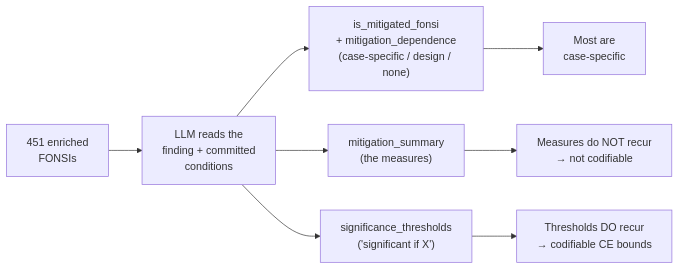
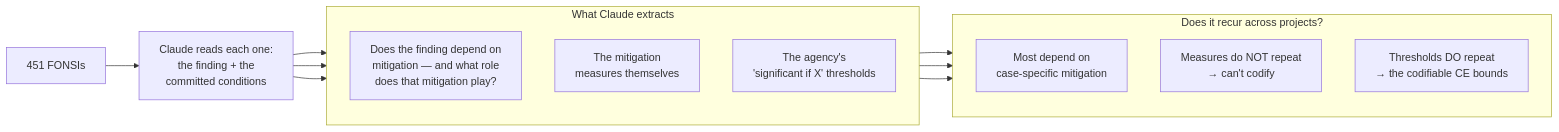
Before and after one commit to kaseyzapatka/nepa: the diagram in phase2/reports/deliverable06.qmd, drawn with Mermaid. The commit also changed 9 other files, not shown here.

First line of the commit message:
[D6] Analysis 2: Fig 11 waffle, Fig 12 treemap, redesigned flowchart

````diff
--- a/phase2/reports/deliverable06.qmd
+++ b/phase2/reports/deliverable06.qmd
@@ -651,11 +651,21 @@
 ```{mermaid}
-%%| fig-width: 7
+%%| fig-width: 9
 flowchart LR
-  A["451 enriched<br/>FONSIs"] --> B["LLM reads the<br/>finding + committed<br/>conditions"]
-  B --> C["is_mitigated_fonsi<br/>+ mitigation_dependence<br/>(case-specific / design / none)"]
-  B --> D["mitigation_summary<br/>(the measures)"]
-  B --> E["significance_thresholds<br/>('significant if X')"]
-  C --> F["Most are<br/>case-specific"]
-  D --> G["Measures do NOT recur<br/>→ not codifiable"]
-  E --> H["Thresholds DO recur<br/>→ codifiable CE bounds"]
+  A["451 FONSIs"] --> B["Claude reads each one:<br/>the finding + the<br/>committed conditions"]
+  subgraph X["What Claude extracts"]
+    direction TB
+    C["Does the finding depend on<br/>mitigation — and what role<br/>does that mitigation play?"]
+    D["The mitigation<br/>measures themselves"]
+    E["The agency's<br/>'significant if X' thresholds"]
+  end
+  subgraph Y["Does it recur across projects?"]
+    direction TB
+    F["Most depend on<br/>case-specific mitigation"]
+    G["Measures do NOT repeat<br/>→ can't codify"]
+    H["Thresholds DO repeat<br/>→ the codifiable CE bounds"]
+  end
+  B --> C & D & E
+  C --> F
+  D --> G
+  E --> H
 ```
````
